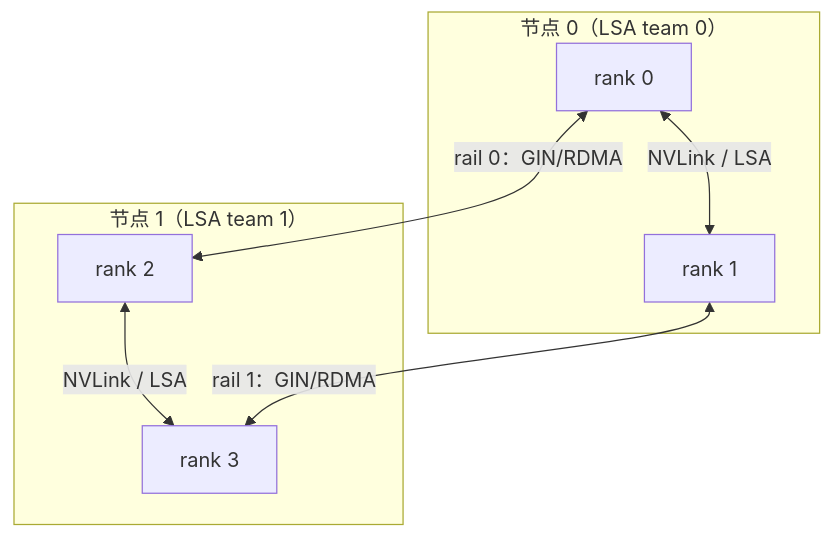
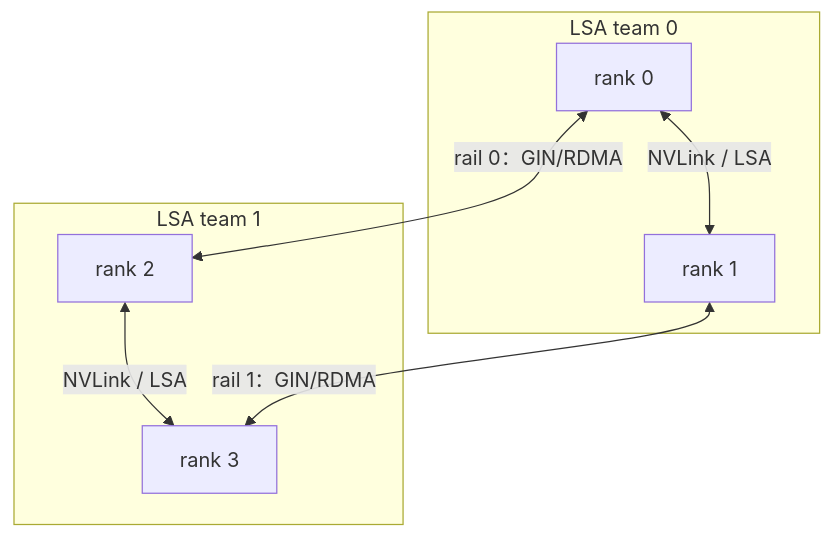
Before and after one commit to s0okiym/nccl-extensions: the second of 12 diagrams in nccl_ep/docs/design_overview.md, drawn with Mermaid. The commit also changed other lines of this file, not shown here.

````diff
--- a/nccl_ep/docs/design_overview.md
+++ b/nccl_ep/docs/design_overview.md
@@ -92,15 +85,15 @@
 ```mermaid
 flowchart TB
-  subgraph N0["节点 0（LSA team 0）"]
+  subgraph N0["LSA team 0"]
     R0["rank 0"]
     R1["rank 1"]
     R0 <-->|"NVLink / LSA"| R1
   end
-  subgraph N1["节点 1（LSA team 1）"]
+  subgraph N1["LSA team 1"]
     R2["rank 2"]
     R3["rank 3"]
     R2 <-->|"NVLink / LSA"| R3
   end
   R0 <-->|"rail 0：GIN/RDMA"| R2
   R1 <-->|"rail 1：GIN/RDMA"| R3
 ```
````
